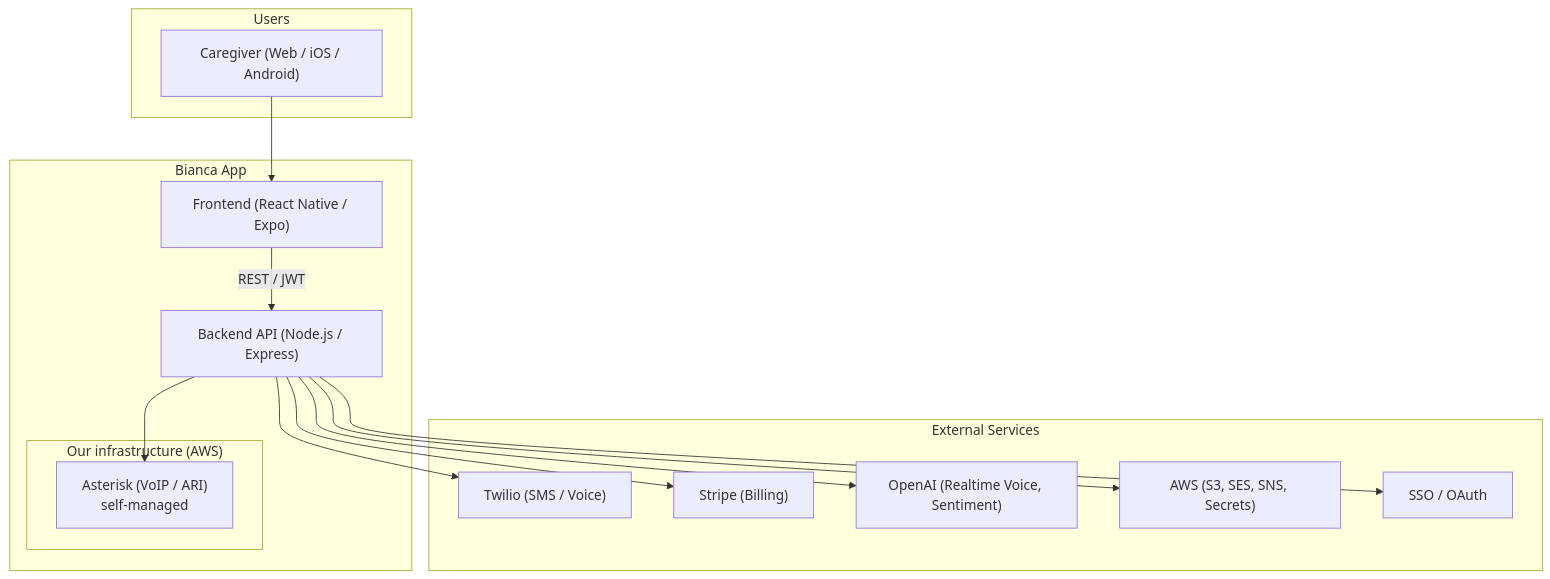
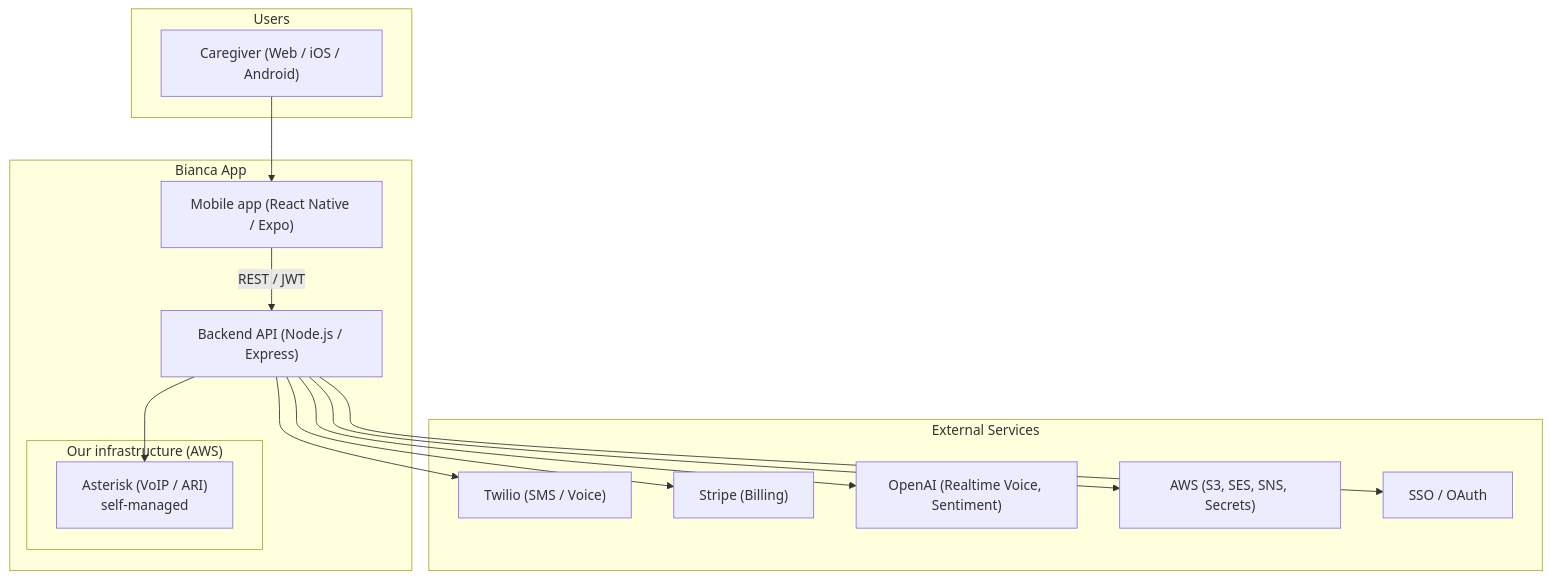
Before and after one commit to slampenny/bianca-app: the first of 6 diagrams in docs/ARCHITECTURE.md, drawn with Mermaid. The commit also changed other lines of this file and 578 other files, not shown here.

````diff
--- a/docs/ARCHITECTURE.md
+++ b/docs/ARCHITECTURE.md
@@ -9,31 +9,31 @@
 ```mermaid
 flowchart TB
   subgraph users["Users"]
     Caregiver["Caregiver (Web / iOS / Android)"]
   end
 
   subgraph bianca["Bianca App"]
-    Frontend["Frontend (React Native / Expo)"]
+    Mobile["Mobile app (React Native / Expo)"]
     Backend["Backend API (Node.js / Express)"]
     subgraph our_infra["Our infrastructure (AWS)"]
       Asterisk["Asterisk (VoIP / ARI)\nself-managed"]
     end
   end
 
   subgraph external["External Services"]
     Twilio["Twilio (SMS / Voice)"]
     Stripe["Stripe (Billing)"]
     OpenAI["OpenAI (Realtime Voice, Sentiment)"]
     AWS["AWS (S3, SES, SNS, Secrets)"]
     SSO["SSO / OAuth"]
   end
 
-  Caregiver --> Frontend
-  Frontend -->|REST / JWT| Backend
+  Caregiver --> Mobile
+  Mobile -->|REST / JWT| Backend
   Backend --> Asterisk
   Backend --> Twilio
   Backend --> Stripe
   Backend --> OpenAI
   Backend --> AWS
   Backend --> SSO
 ```
````
